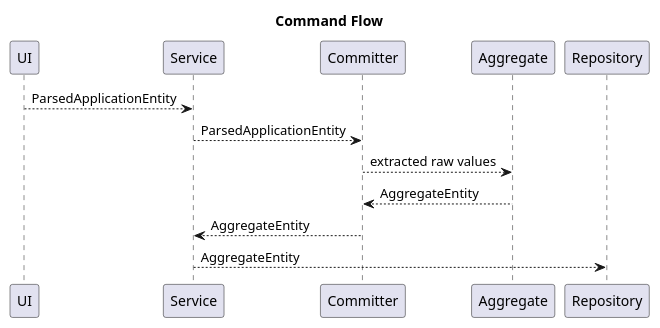
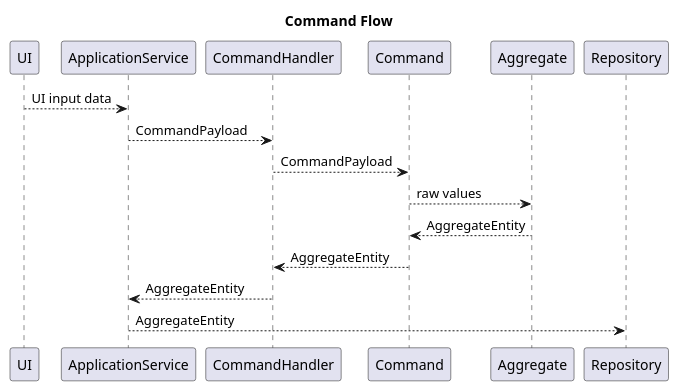
One commit to JakovljevicFilip/platform-fe changed the diagram in src/application/Platform/Service/Domain/Command.puml. Above: the diagram before and after it, drawn with PlantUML. The commit also changed 7 other files, not shown here.

```diff
--- a/src/application/Platform/Service/Domain/Command.puml
+++ b/src/application/Platform/Service/Domain/Command.puml
@@ -1,11 +1,13 @@
 @startuml
 title Command Flow
 
-UI --> Service : ParsedApplicationEntity
-Service --> Committer: ParsedApplicationEntity
-Committer --> Aggregate : extracted raw values
-Aggregate --> Committer : AggregateEntity
-Committer --> Service : AggregateEntity
-Service --> Repository : AggregateEntity
+UI --> ApplicationService : UI input data
+ApplicationService --> CommandHandler : CommandPayload
+CommandHandler --> Command : CommandPayload
+Command --> Aggregate : raw values
+Aggregate --> Command : AggregateEntity
+Command --> CommandHandler : AggregateEntity
+CommandHandler --> ApplicationService : AggregateEntity
+ApplicationService --> Repository : AggregateEntity
 
 @enduml
```
